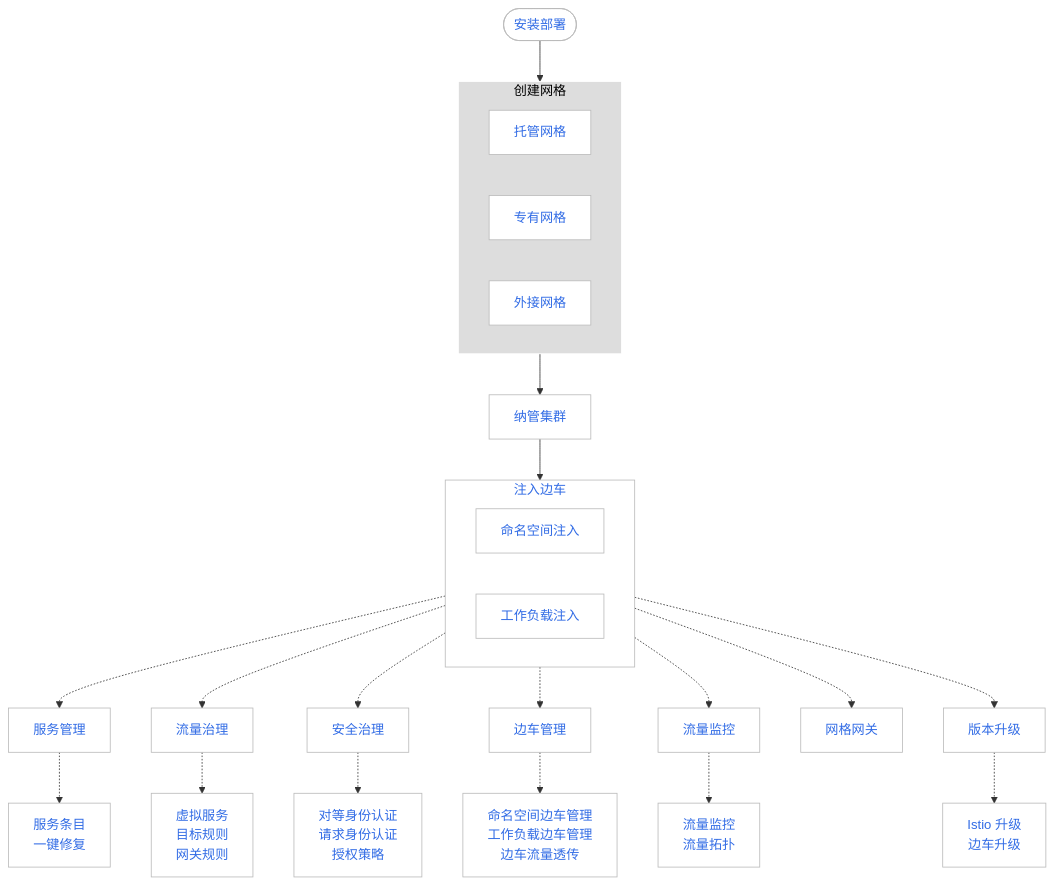
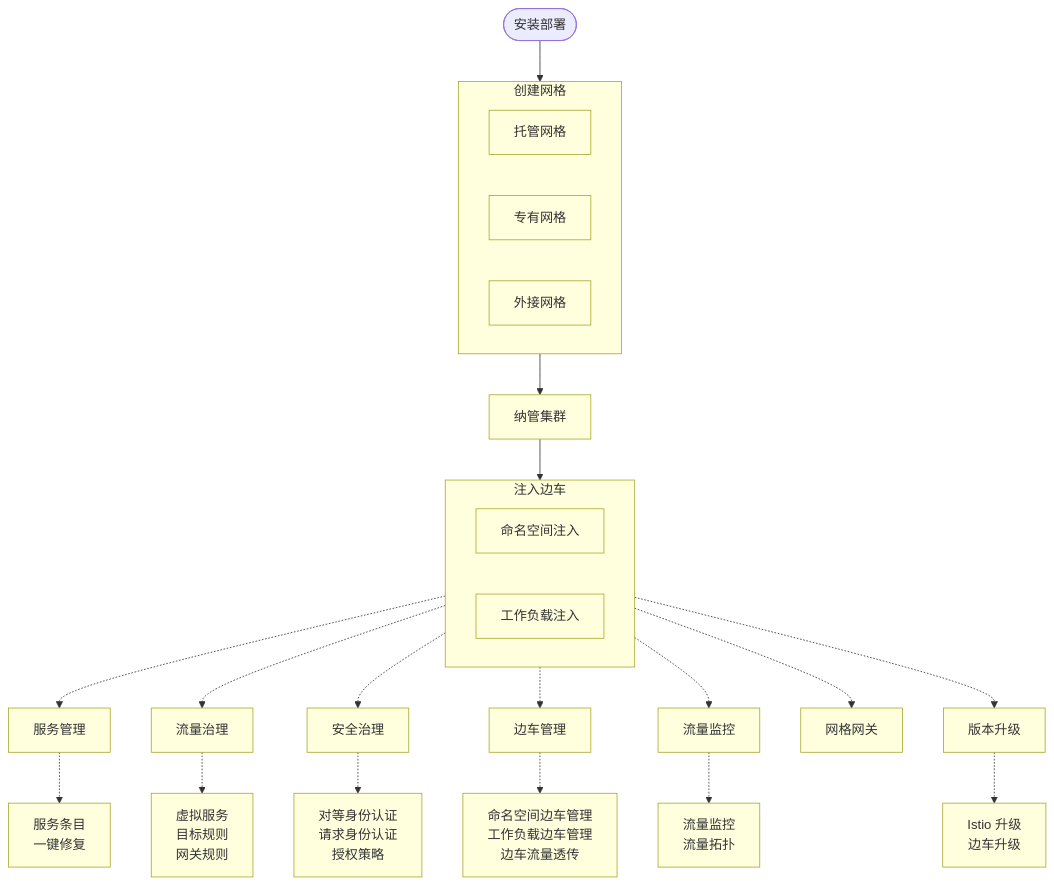
Before and after one commit to DaoCloud/DaoCloud-docs: the diagram in docs/zh/docs/mspider/intro/index.md, drawn with Mermaid. The commit also changed other lines of this file and 1 other file, not shown here.

````diff
--- a/docs/zh/docs/mspider/intro/index.md
+++ b/docs/zh/docs/mspider/intro/index.md
@@ -64,66 +64,62 @@
 ```mermaid
 flowchart TD
 
     install([安装部署])
     install --> mesh[创建网格]
         subgraph mesh[创建网格]
             managed[托管网格]
             private[专有网格]
             external[外接网格]
             
         end
 
     mesh --> cluster[纳管集群]
 
     cluster --> inject[注入边车]
 
         subgraph inject[注入边车]
             namespace[命名空间注入]
             workload[工作负载注入]
         end
 
     
     inject -.-> service[服务管理]
     inject -.-> traffic[流量治理]
     inject -.-> security[安全治理]
     inject -.-> sidecar[边车管理]
     inject -.-> watch[流量监控]
     inject -.-> gateway[网格网关]
     inject -.-> upgrade[版本升级]
     
 
     service -.-> entry[服务条目<br>一键修复]
     traffic -.-> virtual[虚拟服务<br>目标规则<br>网关规则]
     security -.-> peer[对等身份认证<br>请求身份认证<br>授权策略]
     sidecar -.-> sidecarm[命名空间边车管理<br>工作负载边车管理<br>边车流量透传]
     watch -.-> watch2[流量监控<br>流量拓扑]
     upgrade -.-> upgrade1[Istio 升级<br>边车升级]
 
-    classDef plain fill:#ddd,stroke:#fff,stroke-width:1px,color:#000;
-    classDef k8s fill:#326ce5,stroke:#fff,stroke-width:1px,color:#fff;
-    classDef cluster fill:#fff,stroke:#bbb,stroke-width:1px,color:#326ce5;
-
     class mesh plain
     class install,service,gateway,traffic,watch,upgrade,security,entry,virtual,peer,cluster,sidecar,sidecarm,watch2,managed,private,external,namespace,workload,upgrade1 cluster
 
     click install "https://docs.daocloud.io/mspider/install/install/"
     click managed "https://docs.daocloud.io/mspider/user-guide/service-mesh/"
     click private "https://docs.daocloud.io/mspider/user-guide/service-mesh/"
     click external "https://docs.daocloud.io/mspider/user-guide/service-mesh/external-mesh/"
     click cluster "https://docs.daocloud.io/mspider/user-guide/cluster-management/join-clus/"
     click global "https://docs.daocloud.io/mspider/user-guide/sidecar-management/global-sidecar/"
     click namespace "https://docs.daocloud.io/mspider/user-guide/sidecar-management/ns-sidecar/"
     click workload "https://docs.daocloud.io/mspider/user-guide/sidecar-management/workload-sidecar/"
     click gateway "https://docs.daocloud.io/mspider/user-guide/gateway-instance/create/"
     click service "https://docs.daocloud.io/mspider/user-guide/service-list/"
     click traffic "https://docs.daocloud.io/mspider/user-guide/traffic-governance/"
     click security "https://docs.daocloud.io/mspider/user-guide/security/"
     click watch "https://docs.daocloud.io/mspider/user-guide/traffic-monitor/"
     click upgrade "https://docs.daocloud.io/mspider/user-guide/upgrade/istio-update/"
     click entry "https://docs.daocloud.io/mspider/user-guide/service-list/service-entry/"
     click virtual "https://docs.daocloud.io/mspider/user-guide/traffic-governance/virtual-service/"
     click peer "https://docs.daocloud.io/mspider/user-guide/security/peer/"
     click sidecar "https://docs.daocloud.io/mspider/user-guide/sidecar-management/ns-sidecar/"
     click sidecarm "https://docs.daocloud.io/mspider/user-guide/sidecar-management/passthrough/"
     click watch2 "https://docs.daocloud.io/mspider/user-guide/traffic-monitor/conn-topo/"
 ```
````
